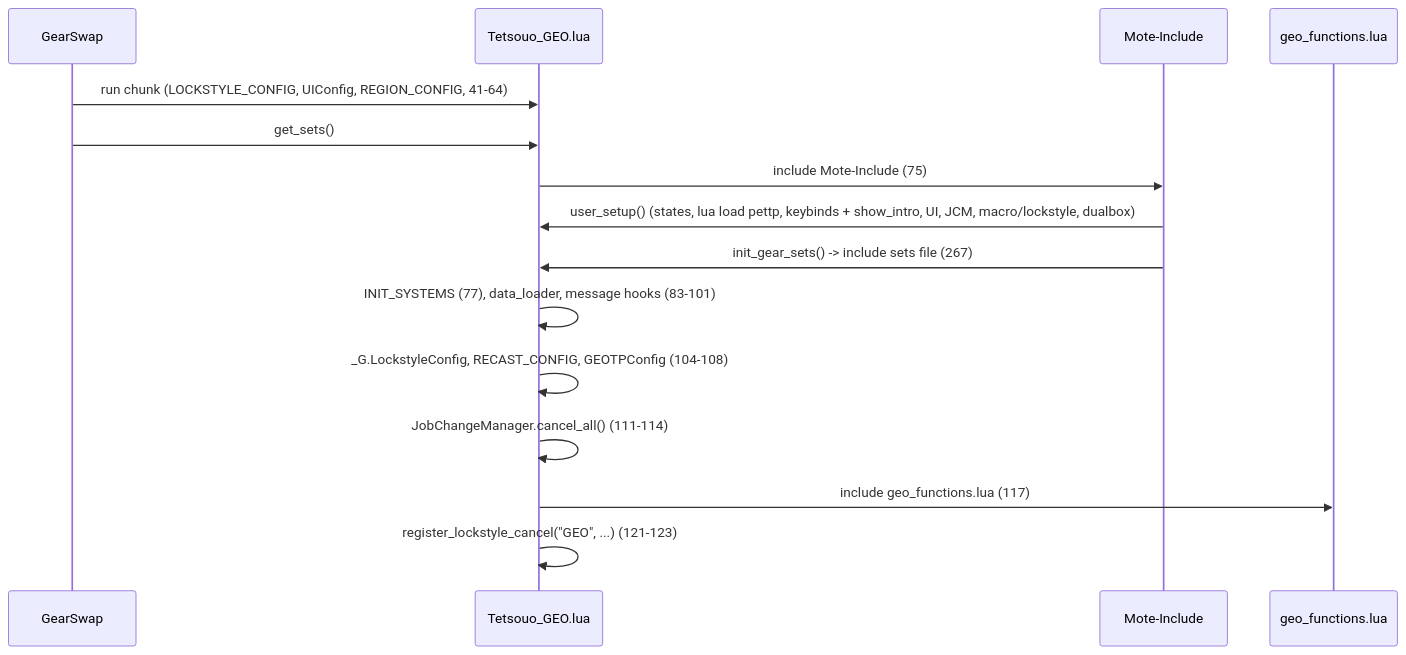
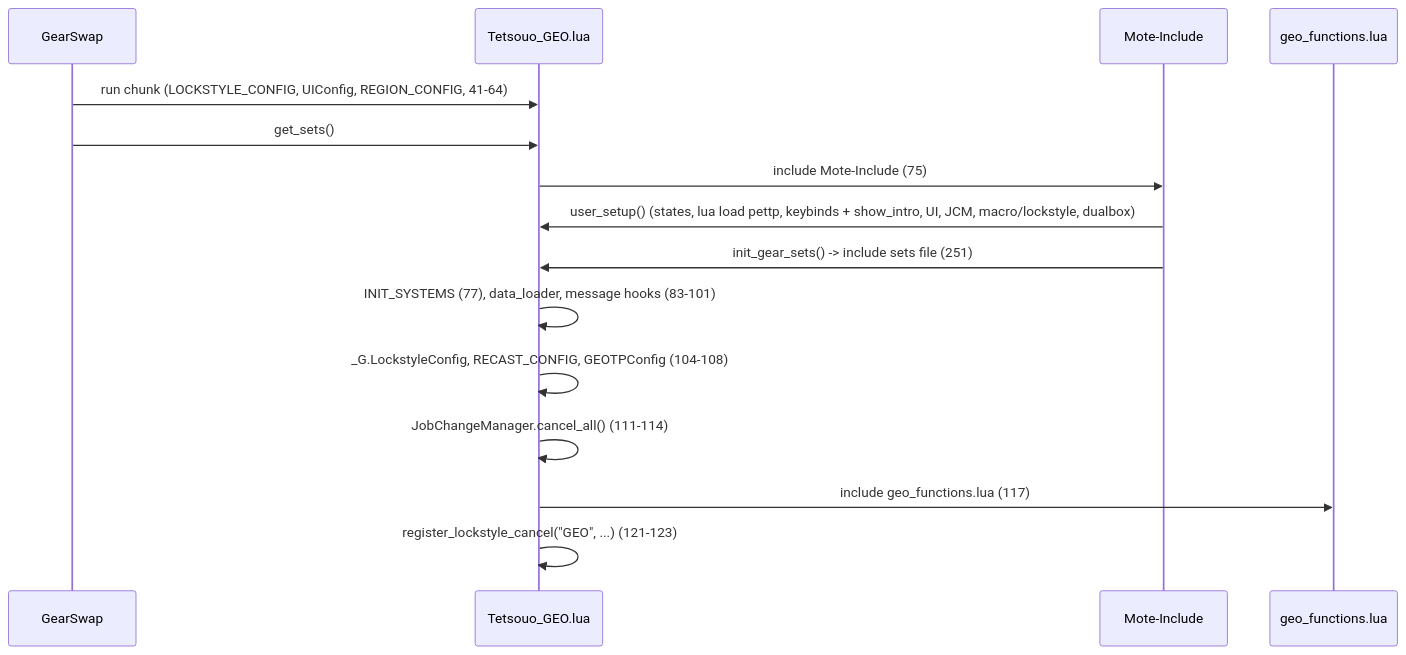
Before and after one commit to ejouanchicot/Gearswap: the first of 2 diagrams in docs/dev/jobs/geo.md, drawn with Mermaid. The commit also changed other lines of this file and 12 other files, not shown here.

````diff
--- a/docs/dev/jobs/geo.md
+++ b/docs/dev/jobs/geo.md
@@ -80,17 +80,17 @@
 ```mermaid
 sequenceDiagram
     participant GS as GearSwap
     participant E as Tetsouo_GEO.lua
     participant M as Mote-Include
     participant F as geo_functions.lua
     GS->>E: run chunk (LOCKSTYLE_CONFIG, UIConfig, REGION_CONFIG, 41-64)
     GS->>E: get_sets()
     E->>M: include Mote-Include (75)
     M->>E: user_setup() (states, lua load pettp, keybinds + show_intro, UI, JCM, macro/lockstyle, dualbox)
-    M->>E: init_gear_sets() -> include sets file (267)
+    M->>E: init_gear_sets() -> include sets file (251)
     E->>E: INIT_SYSTEMS (77), data_loader, message hooks (83-101)
     E->>E: _G.LockstyleConfig, RECAST_CONFIG, GEOTPConfig (104-108)
     E->>E: JobChangeManager.cancel_all() (111-114)
     E->>F: include geo_functions.lua (117)
     E->>E: register_lockstyle_cancel("GEO", ...) (121-123)
 ```
````
